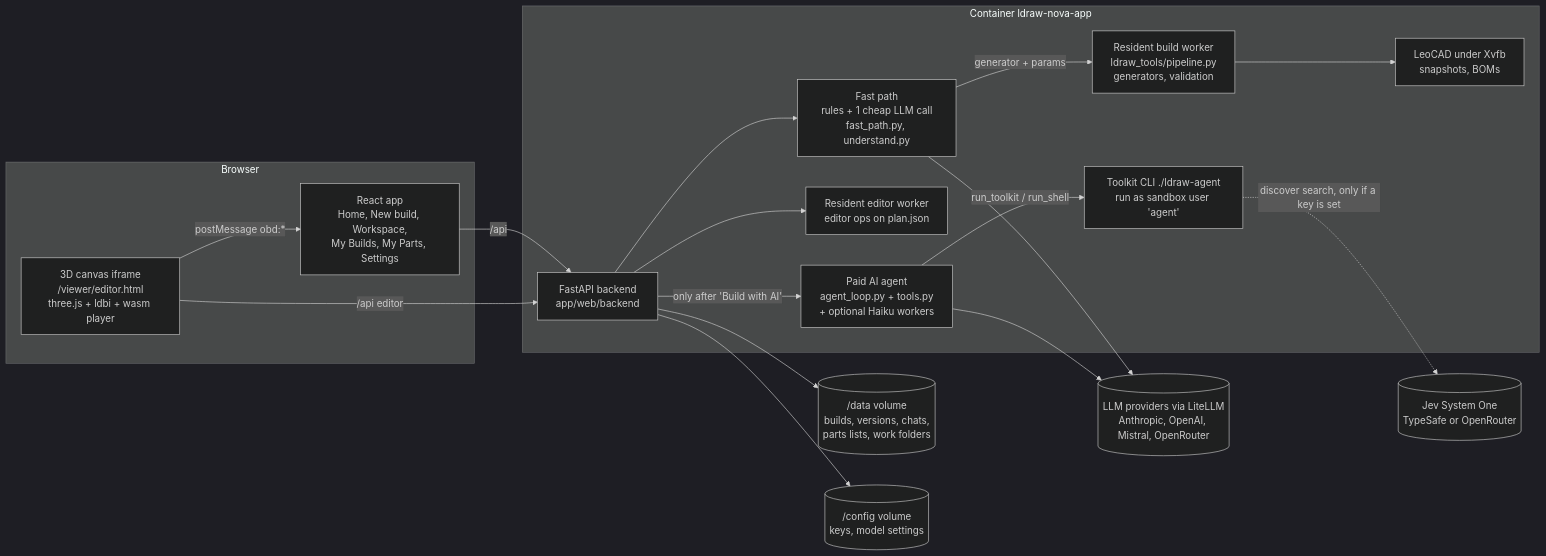
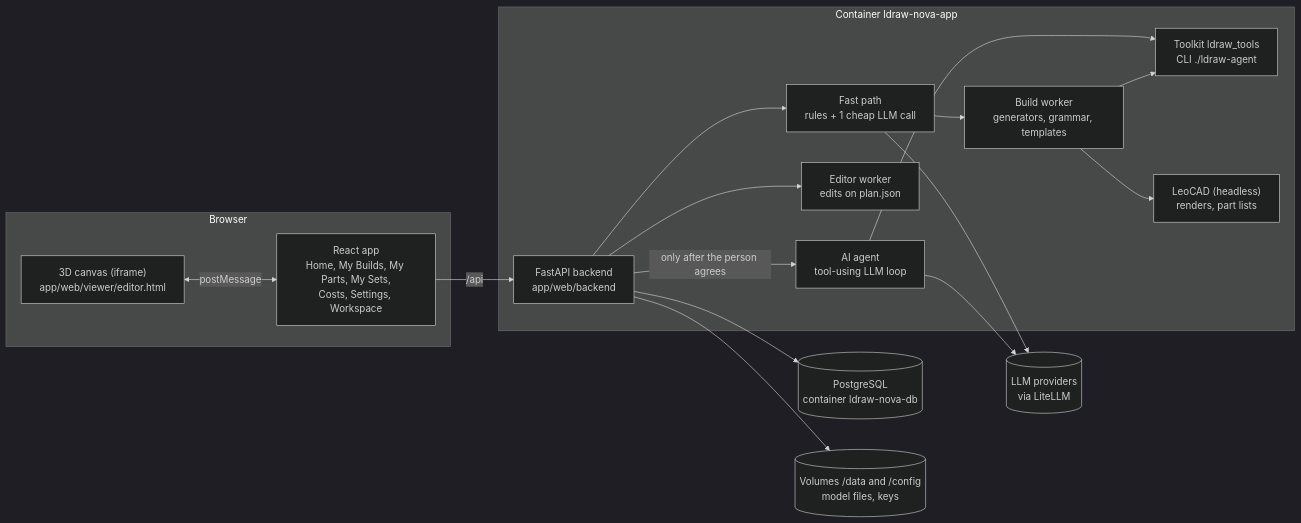
Before and after one commit to AlessioNar/ldraw-nova: the diagram in docs/system/README.md, drawn with Mermaid (dark theme). The commit also changed other lines of this file and 22 other files, not shown here.

````diff
--- a/docs/system/README.md
+++ b/docs/system/README.md
@@ -35,33 +19,31 @@
 ```mermaid
 flowchart LR
   subgraph Browser
-    UI[React app<br/>Home, New build, Workspace,<br/>My Builds, My Parts, Settings]
-    CANVAS[3D canvas iframe<br/>/viewer/editor.html<br/>three.js + ldbi + wasm player]
+    UI["React app<br/>Home, My Builds, My Parts, My Sets,<br/>Costs, Settings, Workspace"]
+    CANVAS["3D canvas (iframe)<br/>app/web/viewer/editor.html"]
   end
-  subgraph Container["Container ldraw-nova-app"]
-    API[FastAPI backend<br/>app/web/backend]
-    FP[Fast path<br/>rules + 1 cheap LLM call<br/>fast_path.py, understand.py]
-    BW[Resident build worker<br/>ldraw_tools/pipeline.py<br/>generators, validation]
-    EW[Resident editor worker<br/>editor ops on plan.json]
-    AG[Paid AI agent<br/>agent_loop.py + tools.py<br/>+ optional Haiku workers]
-    TK[Toolkit CLI ./ldraw-agent<br/>run as sandbox user 'agent']
-    LC[LeoCAD under Xvfb<br/>snapshots, BOMs]
+  subgraph App["Container ldraw-nova-app"]
+    API["FastAPI backend<br/>app/web/backend"]
+    FP["Fast path<br/>rules + 1 cheap LLM call"]
+    BW["Build worker<br/>generators, grammar, templates"]
+    EW["Editor worker<br/>edits on plan.json"]
+    AG["AI agent<br/>tool-using LLM loop"]
+    TK["Toolkit ldraw_tools<br/>CLI ./ldraw-agent"]
+    LC["LeoCAD (headless)<br/>renders, part lists"]
   end
-  LLM[(LLM providers via LiteLLM<br/>Anthropic, OpenAI, Mistral, OpenRouter)]
-  JEV[(Jev System One<br/>TypeSafe or OpenRouter)]
-  DATA[(/data volume<br/>builds, versions, chats,<br/>parts lists, work folders)]
-  CONF[(/config volume<br/>keys, model settings)]
+  DB[("PostgreSQL<br/>container ldraw-nova-db")]
+  FILES[("Volumes /data and /config<br/>model files, keys")]
+  LLM[("LLM providers<br/>via LiteLLM")]
 
   UI -->|/api| API
-  CANVAS -->|postMessage obd:*| UI
-  CANVAS -->|/api editor| API
+  CANVAS <-->|postMessage| UI
   API --> FP --> LLM
-  FP -->|generator + params| BW
+  FP --> BW
   API --> EW
-  API -->|only after 'Build with AI'| AG --> LLM
-  AG -->|run_toolkit / run_shell| TK
-  TK -.->|discover search, only if a key is set| JEV
+  API -->|only after the person agrees| AG --> LLM
+  AG --> TK
+  BW --> TK
   BW --> LC
-  API --> DATA
-  API --> CONF
+  API --> DB
+  API --> FILES
 ```
````
